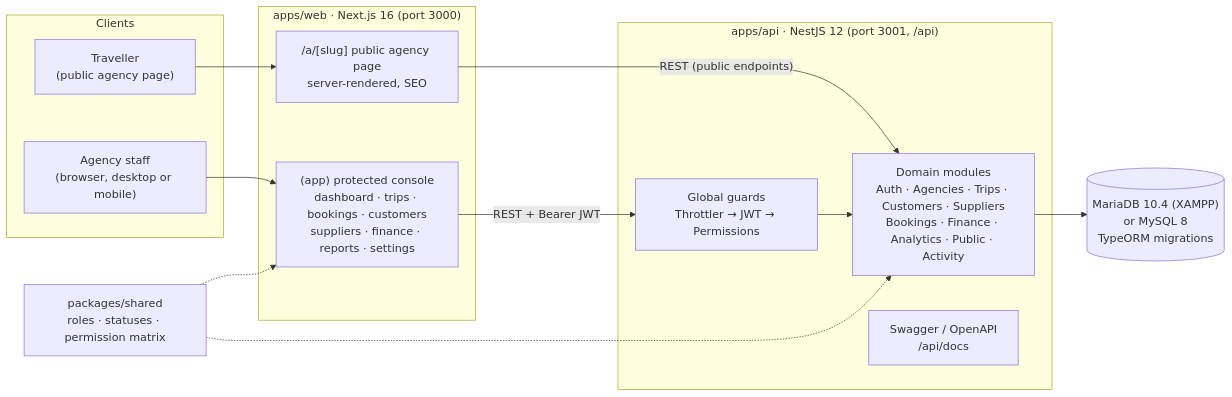
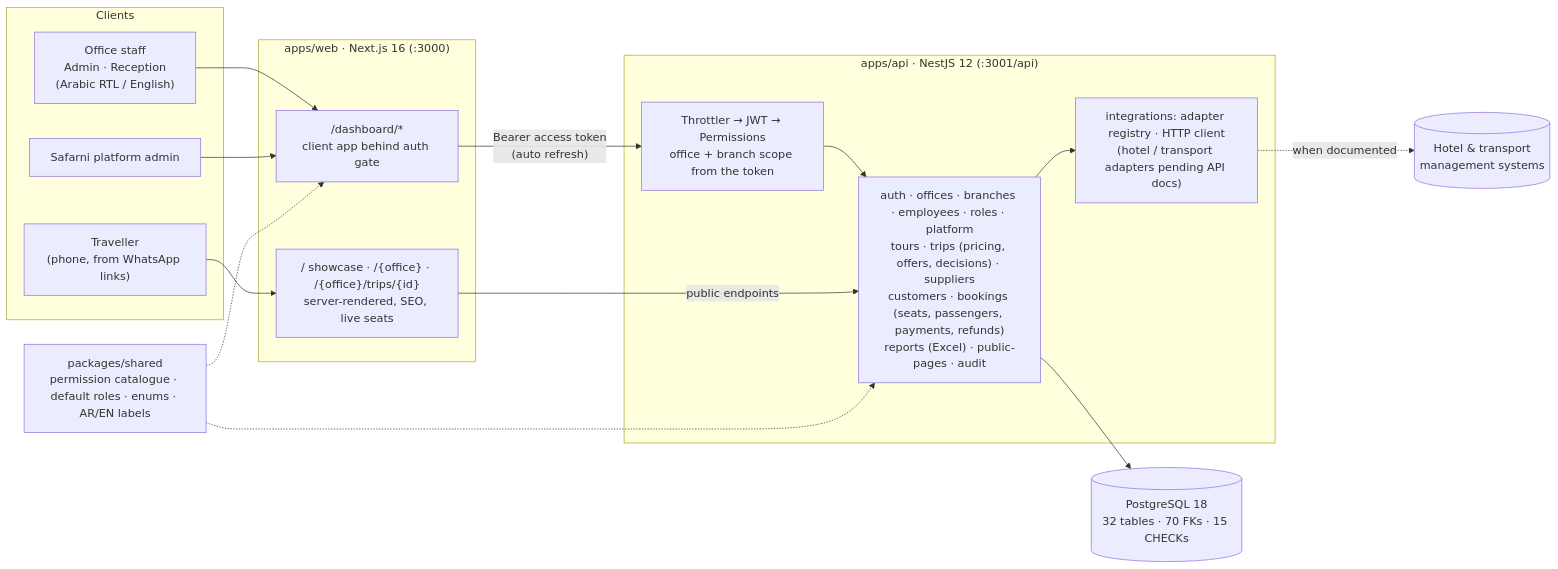
The first of 2 diagrams in docs/architecture/README.md (hasan123dayoub-del/TakeMeHigh), drawn with Mermaid before and after one commit. The commit also changed other lines of this file and 3 other files, not shown here.

Commit message:
docs: rewrite README, demo guide, database and architecture for Safarni (PostgreSQL, branches, roles, pricing)

````diff
--- a/docs/architecture/README.md
+++ b/docs/architecture/README.md
@@ -13,30 +11,29 @@
 ```mermaid
 flowchart LR
   subgraph Clients
-    Staff["Agency staff<br/>(browser, desktop or mobile)"]
-    Traveller["Traveller<br/>(public agency page)"]
+    Staff["Office staff<br/>Admin · Reception<br/>(Arabic RTL / English)"]
+    Visitor["Traveller<br/>(phone, from WhatsApp links)"]
+    Platform["Safarni platform admin"]
   end
 
-  subgraph Web["apps/web · Next.js 16 (port 3000)"]
-    AppUI["(app) protected console<br/>dashboard · trips · bookings · customers<br/>suppliers · finance · reports · settings"]
-    PublicUI["/a/[slug] public agency page<br/>server-rendered, SEO"]
+  subgraph Web["apps/web · Next.js 16 (:3000)"]
+    Dash["/dashboard/*<br/>client app behind auth gate"]
+    Pub["/ showcase · /{office} · /{office}/trips/{id}<br/>server-rendered, SEO, live seats"]
   end
 
-  subgraph API["apps/api · NestJS 12 (port 3001, /api)"]
-    Guards["Global guards<br/>Throttler → JWT → Permissions"]
-    Modules["Domain modules<br/>Auth · Agencies · Trips · Customers · Suppliers<br/>Bookings · Finance · Analytics · Public · Activity"]
-    Swagger["Swagger / OpenAPI<br/>/api/docs"]
+  subgraph API["apps/api · NestJS 12 (:3001/api)"]
+    Guards["Throttler → JWT → Permissions<br/>office + branch scope from the token"]
+    Mods["auth · offices · branches · employees · roles · platform<br/>tours · trips (pricing, offers, decisions) · suppliers<br/>customers · bookings (seats, passengers, payments, refunds)<br/>reports (Excel) · public-pages · audit"]
+    Integr["integrations: adapter registry · HTTP client<br/>(hotel / transport adapters pending API docs)"]
   end
 
-  Shared["packages/shared<br/>roles · statuses · permission matrix"]
-  DB[("MariaDB 10.4 (XAMPP)<br/>or MySQL 8<br/>TypeORM migrations")]
+  Shared["packages/shared<br/>permission catalogue · default roles · enums · AR/EN labels"]
+  DB[("PostgreSQL 18<br/>32 tables · 70 FKs · 15 CHECKs")]
+  Ext[("Hotel & transport<br/>management systems")]
 
-  Staff --> AppUI
-  Traveller --> PublicUI
-  AppUI -- "REST + Bearer JWT" --> Guards
-  PublicUI -- "REST (public endpoints)" --> Modules
-  Guards --> Modules
-  Modules --> DB
-  Shared -.-> AppUI
-  Shared -.-> Modules
+  Staff --> Dash -->|"Bearer access token<br/>(auto refresh)"| Guards --> Mods --> DB
+  Visitor --> Pub -->|public endpoints| Mods
+  Platform --> Dash
+  Mods --> Integr -.->|"when documented"| Ext
+  Shared -.-> Dash & Mods
 ```
````
